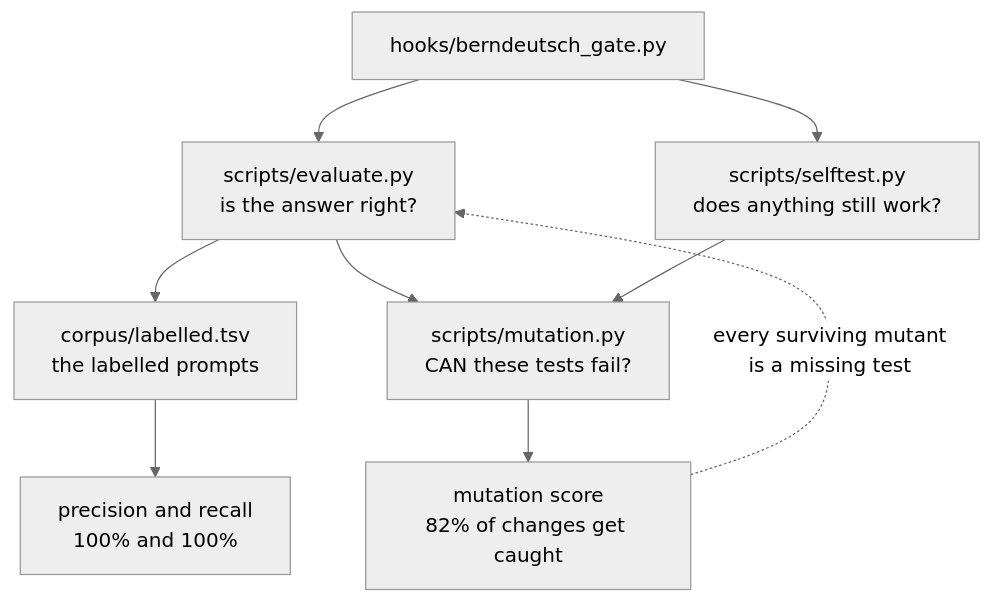
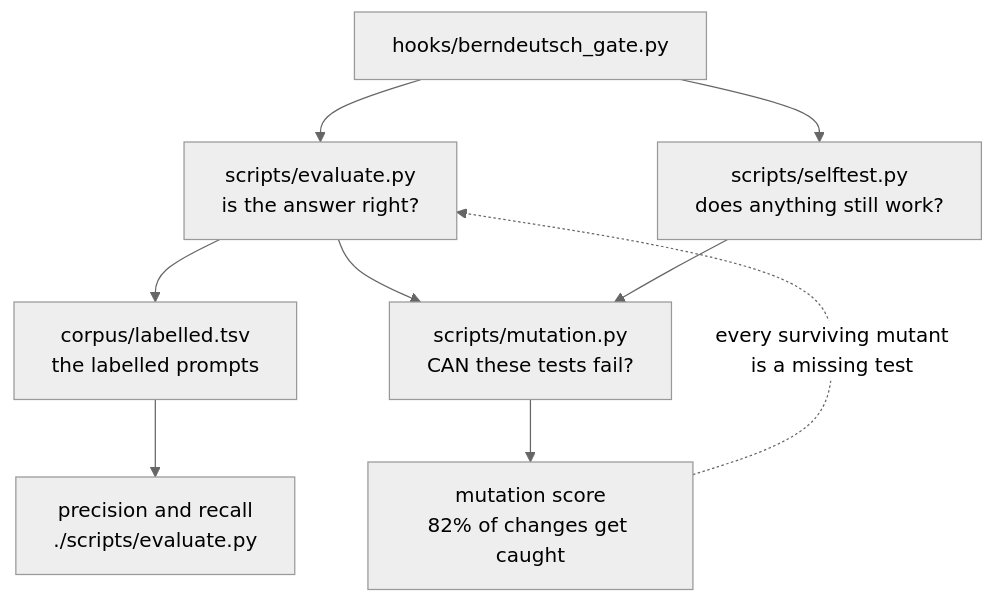
One commit to sapn95/berndeutsch-for-ai changed the second of 3 diagrams in README.md. Above: the diagram before and after it, drawn with Mermaid (neutral theme). The commit also changed other lines of this file and 7 other files, not shown here.

````diff
--- a/README.md
+++ b/README.md
@@ -191,14 +193,14 @@
 ```mermaid
 flowchart TD
     CODE["hooks/berndeutsch_gate.py"]
 
     CODE --> EV["scripts/evaluate.py<br/>is the answer right?"]
     CODE --> ST["scripts/selftest.py<br/>does anything still work?"]
     EV --> LAB["corpus/labelled.tsv<br/>the labelled prompts"]
-    LAB --> NUM["precision and recall<br/>100% and 100%"]
+    LAB --> NUM["precision and recall<br/>./scripts/evaluate.py"]
 
     EV --> MUT["scripts/mutation.py<br/>CAN these tests fail?"]
     ST --> MUT
     MUT --> SCORE["mutation score<br/>82% of changes get caught"]
     SCORE -.->|"every surviving mutant<br/>is a missing test"| EV
 ```
````
